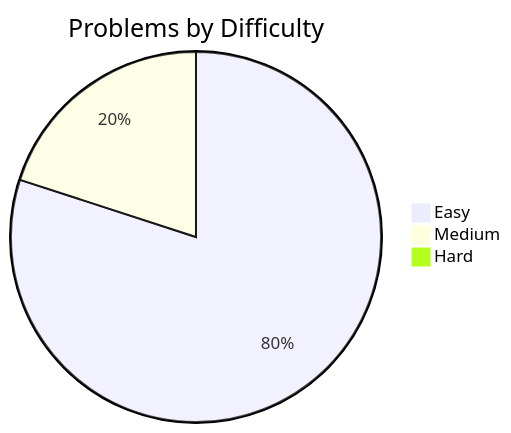
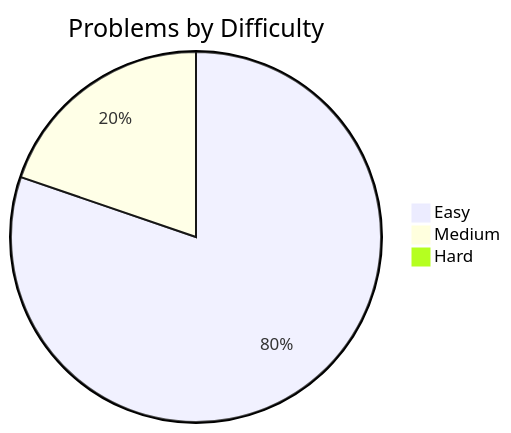
Before and after one commit to davelin18yufan/leetcode-journal: the diagram in README.md, drawn with Mermaid. The commit also changed other lines of this file and 4 other files, not shown here.

````diff
--- a/README.md
+++ b/README.md
@@ -7,7 +7,7 @@
 ```mermaid
 pie
     title Problems by Difficulty
-    "Easy" : 64
+    "Easy" : 65
     "Medium" : 16
     "Hard" : 0
 ```
````
